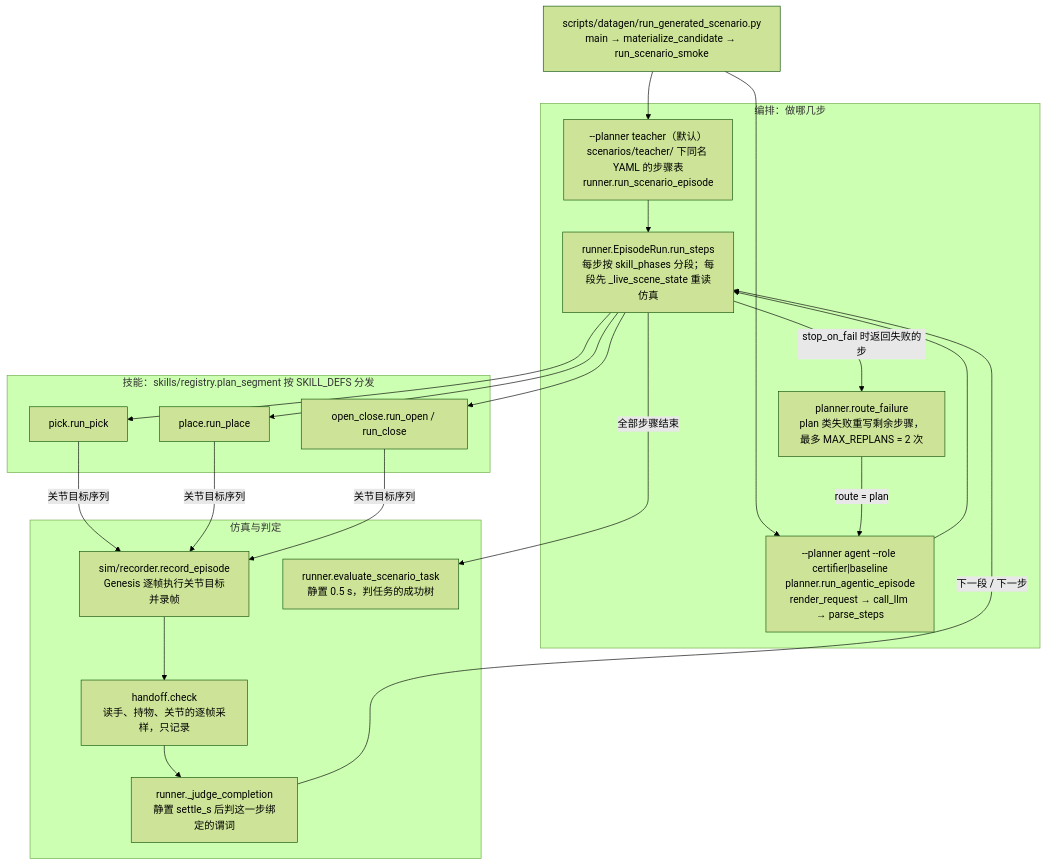
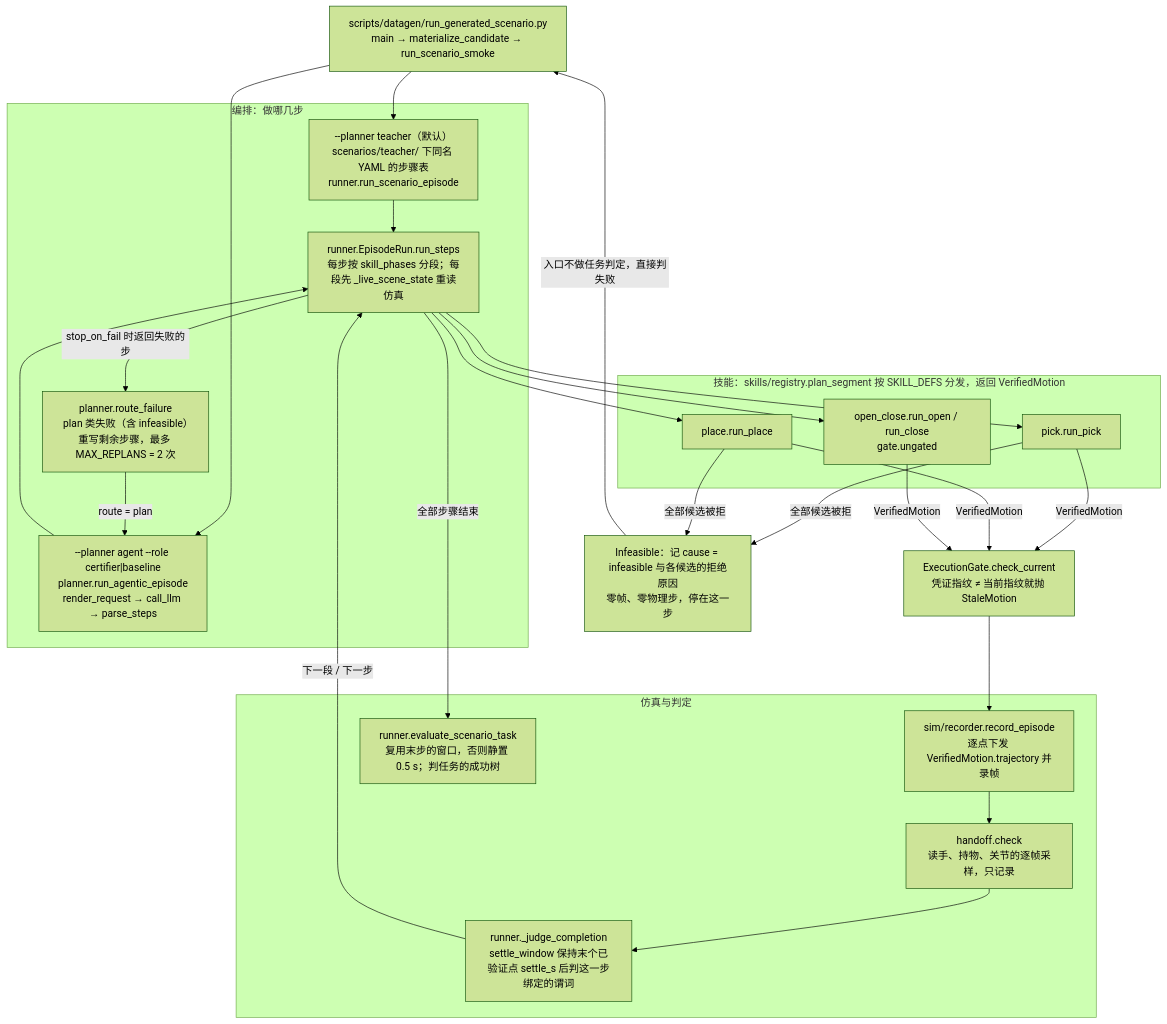
Before and after one commit to ZJLi2013/RoboSmith: the first of 2 diagrams in docs/call-chain.md, drawn with Mermaid (forest theme). The commit also changed other lines of this file and 1 other file, not shown here.

Commit message:
docs: the call chain maps the gated pipeline as it runs, with the gate's boundaries and the other entry points

````diff
--- a/docs/call-chain.md
+++ b/docs/call-chain.md
@@ -10,34 +11,39 @@
 ```mermaid
 flowchart TD
     CLI["scripts/datagen/run_generated_scenario.py<br/>main → materialize_candidate → run_scenario_smoke"]
 
     subgraph ORCH["编排：做哪几步"]
         T["--planner teacher（默认）<br/>scenarios/teacher/ 下同名 YAML 的步骤表<br/>runner.run_scenario_episode"]
         A["--planner agent --role certifier|baseline<br/>planner.run_agentic_episode<br/>render_request → call_llm → parse_steps"]
-        RF["planner.route_failure<br/>plan 类失败重写剩余步骤，最多 MAX_REPLANS = 2 次"]
+        RF["planner.route_failure<br/>plan 类失败（含 infeasible）重写剩余步骤，最多 MAX_REPLANS = 2 次"]
         RUN["runner.EpisodeRun.run_steps<br/>每步按 skill_phases 分段；每段先 _live_scene_state 重读仿真"]
     end
 
-    subgraph SKILL["技能：skills/registry.plan_segment 按 SKILL_DEFS 分发"]
+    subgraph SKILL["技能：skills/registry.plan_segment 按 SKILL_DEFS 分发，返回 VerifiedMotion"]
         PICK["pick.run_pick"]
         PLACE["place.run_place"]
-        OC["open_close.run_open / run_close"]
+        OC["open_close.run_open / run_close<br/>gate.ungated"]
     end
 
+    INF["Infeasible：记 cause = infeasible 与各候选的拒绝原因<br/>零帧、零物理步，停在这一步"]
+    CUR["ExecutionGate.check_current<br/>凭证指纹 ≠ 当前指纹就抛 StaleMotion"]
+
     subgraph SIM["仿真与判定"]
-        REC["sim/recorder.record_episode<br/>Genesis 逐帧执行关节目标并录帧"]
+        REC["sim/recorder.record_episode<br/>逐点下发 VerifiedMotion.trajectory 并录帧"]
         HO["handoff.check<br/>读手、持物、关节的逐帧采样，只记录"]
-        JC["runner._judge_completion<br/>静置 settle_s 后判这一步绑定的谓词"]
-        TASK["runner.evaluate_scenario_task<br/>静置 0.5 s，判任务的成功树"]
+        JC["runner._judge_completion<br/>settle_window 保持末个已验证点 settle_s 后判这一步绑定的谓词"]
+        TASK["runner.evaluate_scenario_task<br/>复用末步的窗口，否则静置 0.5 s；判任务的成功树"]
     end
 
     CLI --> T & A
     T --> RUN
     A --> RUN
     RUN -->|stop_on_fail 时返回失败的步| RF
     RF -->|route = plan| A
     RUN --> PICK & PLACE & OC
-    PICK & PLACE & OC -->|关节目标序列| REC
+    PICK & PLACE -->|全部候选被拒| INF
+    PICK & PLACE & OC -->|VerifiedMotion| CUR --> REC
     REC --> HO --> JC -->|下一段 / 下一步| RUN
     RUN -->|全部步骤结束| TASK
+    INF -->|入口不做任务判定，直接判失败| CLI
 ```
````
